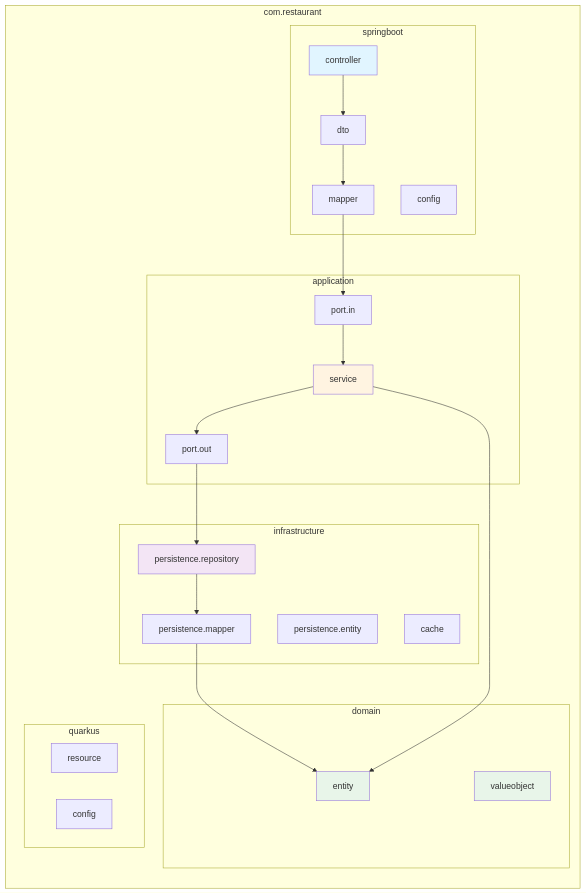
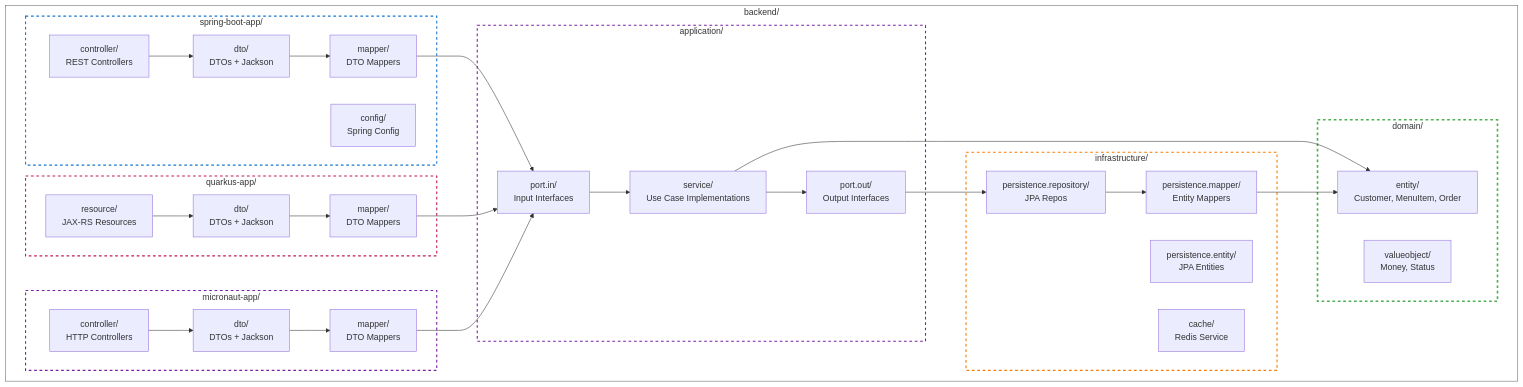
Before and after one commit to leandro-yamaniha/java-hexagonal: the third of 11 diagrams in docs/backend/ARCHITECTURE_DIAGRAMS.md, drawn with Mermaid. The commit also changed other lines of this file and 6 other files, not shown here.

Commit message:
docs: add frontend Angular documentation and architecture diagrams

````diff
--- a/docs/backend/ARCHITECTURE_DIAGRAMS.md
+++ b/docs/backend/ARCHITECTURE_DIAGRAMS.md
@@ -91,50 +97,60 @@
 ```mermaid
-graph LR
-    subgraph "com.restaurant"
-        subgraph "domain"
-            D1[entity]
-            D2[valueobject]
+flowchart TB
+    subgraph Backend["backend/"]
+        subgraph Domain["domain/"]
+            D1[entity/<br/>Customer, MenuItem, Order]
+            D2[valueobject/<br/>Money, Status]
         end
         
-        subgraph "application"
-            A1[service]
-            A2[port.in]
-            A3[port.out]
+        subgraph Application["application/"]
+            A1[service/<br/>Use Case Implementations]
+            A2[port.in/<br/>Input Interfaces]
+            A3[port.out/<br/>Output Interfaces]
         end
         
-        subgraph "infrastructure"
-            I1[persistence.entity]
-            I2[persistence.repository]
-            I3[persistence.mapper]
-            I4[cache]
+        subgraph Infrastructure["infrastructure/"]
+            I1[persistence.entity/<br/>JPA Entities]
+            I2[persistence.repository/<br/>JPA Repos]
+            I3[persistence.mapper/<br/>Entity Mappers]
+            I4[cache/<br/>Redis Service]
         end
         
-        subgraph "springboot"
-            S1[controller]
-            S2[dto]
-            S3[mapper]
-            S4[config]
+        subgraph SpringBoot["spring-boot-app/"]
+            S1[controller/<br/>REST Controllers]
+            S2[dto/<br/>DTOs + Jackson]
+            S3[mapper/<br/>DTO Mappers]
+            S4[config/<br/>Spring Config]
         end
         
-        subgraph "quarkus"
-            Q1[resource]
-            Q2[config]
+        subgraph Quarkus["quarkus-app/"]
+            Q1[resource/<br/>JAX-RS Resources]
+            Q2[dto/<br/>DTOs + Jackson]
+            Q3[mapper/<br/>DTO Mappers]
+        end
+        
+        subgraph Micronaut["micronaut-app/"]
+            M1[controller/<br/>HTTP Controllers]
+            M2[dto/<br/>DTOs + Jackson]
+            M3[mapper/<br/>DTO Mappers]
         end
     end
     
-    S1 --> S2
-    S2 --> S3
-    S3 --> A2
+    S1 --> S2 --> S3 --> A2
+    Q1 --> Q2 --> Q3 --> A2
+    M1 --> M2 --> M3 --> A2
+    
     A2 --> A1
+    A1 --> D1
     A1 --> A3
     A3 --> I2
     I2 --> I3
     I3 --> D1
-    A1 --> D1
     
-    style D1 fill:#e8f5e9
-    style D2 fill:#e8f5e9
-    style A1 fill:#fff4e1
-    style I2 fill:#f3e5f5
-    style S1 fill:#e1f5ff
+    style Domain fill:none,stroke:#4caf50,stroke-width:3px,stroke-dasharray: 5 5
+    style Application fill:none,stroke:#7B1FA2,stroke-width:2px,stroke-dasharray: 5 5
+    style Infrastructure fill:none,stroke:#F57C00,stroke-width:2px,stroke-dasharray: 5 5
+    style SpringBoot fill:none,stroke:#1976D2,stroke-width:2px,stroke-dasharray: 5 5
+    style Quarkus fill:none,stroke:#C2185B,stroke-width:2px,stroke-dasharray: 5 5
+    style Micronaut fill:none,stroke:#7B1FA2,stroke-width:2px,stroke-dasharray: 5 5
+    style Backend fill:none,stroke:#666,stroke-width:1px
 ```
````
